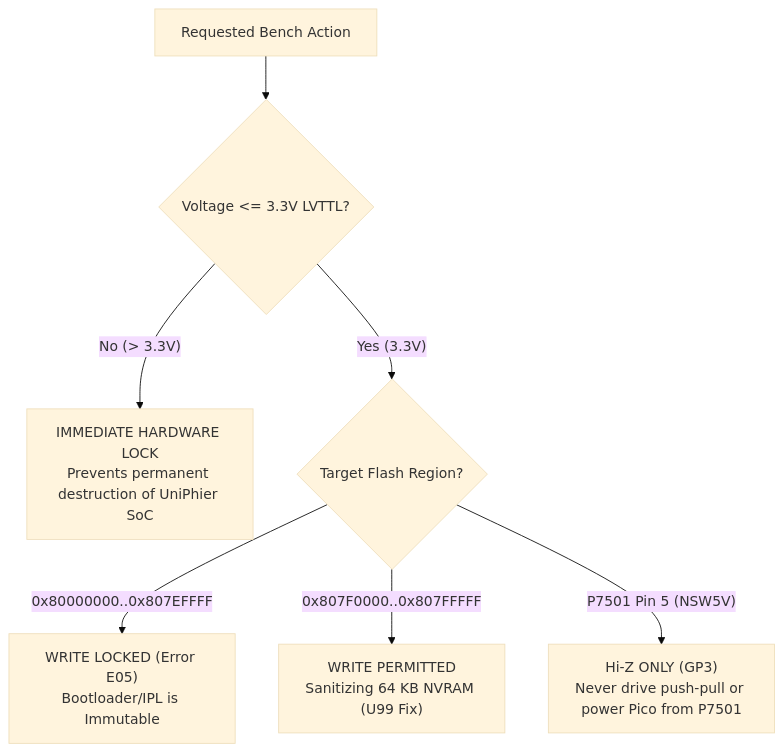
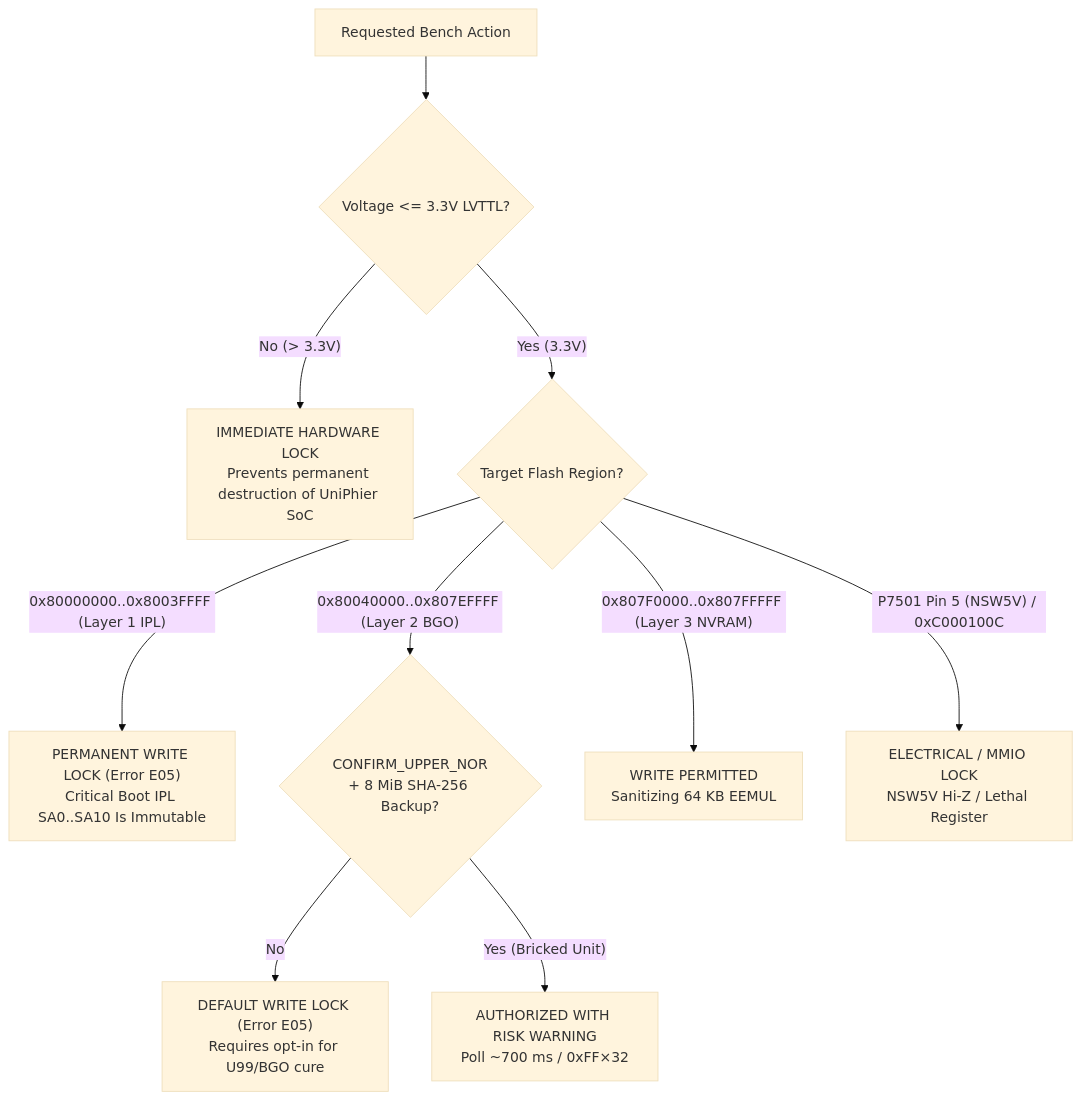
The second of 2 diagrams in docs/en-US/SYSTEM_ARCHITECTURE_AND_ENGINEERING_BLUEPRINT.md (orgchrono/Panadiga), drawn with Mermaid (base theme) before and after one commit. The commit also changed other lines of this file and 46 other files, not shown here.

````diff
--- a/docs/en-US/SYSTEM_ARCHITECTURE_AND_ENGINEERING_BLUEPRINT.md
+++ b/docs/en-US/SYSTEM_ARCHITECTURE_AND_ENGINEERING_BLUEPRINT.md
@@ -126,10 +126,13 @@
 ```mermaid
 graph TD
     REQ["Requested Bench Action"] --> CHECK_V{"Voltage <= 3.3V LVTTL?"}
     CHECK_V -- "No (> 3.3V)" --> ABORT_V["IMMEDIATE HARDWARE LOCK<br/>Prevents permanent destruction of UniPhier SoC"]
     CHECK_V -- "Yes (3.3V)" --> CHECK_REG{"Target Flash Region?"}
     
-    CHECK_REG -- "0x80000000..0x807EFFFF" --> ABORT_BOOT["WRITE LOCKED (Error E05)<br/>Bootloader/IPL is Immutable"]
-    CHECK_REG -- "0x807F0000..0x807FFFFF" --> ALLOW_NVRAM["WRITE PERMITTED<br/>Sanitizing 64 KB NVRAM (U99 Fix)"]
-    CHECK_REG -- "P7501 Pin 5 (NSW5V)" --> ABORT_PWR["Hi-Z ONLY (GP3)<br/>Never drive push-pull or power Pico from P7501"]
+    CHECK_REG -- "0x80000000..0x8003FFFF (Layer 1 IPL)" --> ABORT_BOOT["PERMANENT WRITE LOCK (Error E05)<br/>Critical Boot IPL SA0..SA10 Is Immutable"]
+    CHECK_REG -- "0x80040000..0x807EFFFF (Layer 2 BGO)" --> CHECK_OPTIN{"CONFIRM_UPPER_NOR<br/>+ 8 MiB SHA-256 Backup?"}
+    CHECK_OPTIN -- "No" --> ABORT_UPPER["DEFAULT WRITE LOCK (Error E05)<br/>Requires opt-in for U99/BGO cure"]
+    CHECK_OPTIN -- "Yes (Bricked Unit)" --> WARN_BGO["AUTHORIZED WITH RISK WARNING<br/>Poll ~700 ms / 0xFF×32"]
+    CHECK_REG -- "0x807F0000..0x807FFFFF (Layer 3 NVRAM)" --> ALLOW_NVRAM["WRITE PERMITTED<br/>Sanitizing 64 KB EEMUL"]
+    CHECK_REG -- "P7501 Pin 5 (NSW5V) / 0xC000100C" --> ABORT_PWR["ELECTRICAL / MMIO LOCK<br/>NSW5V Hi-Z / Lethal Register"]
 ```
````
